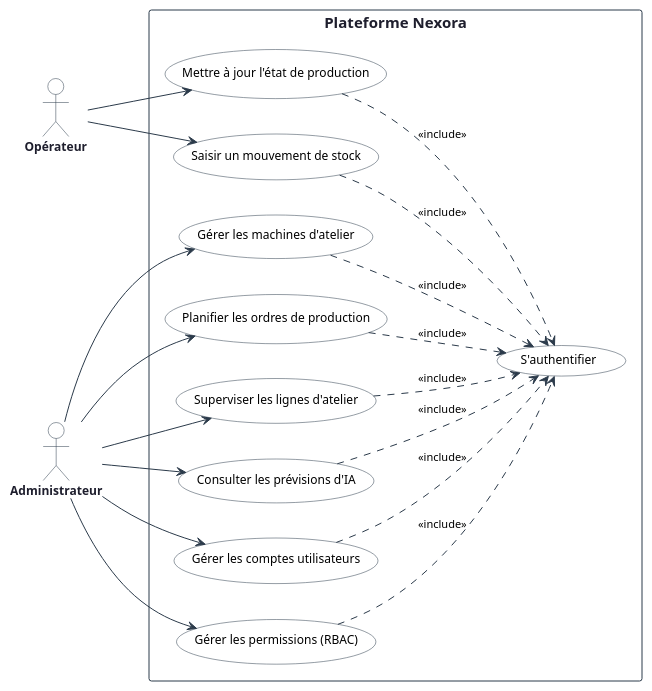
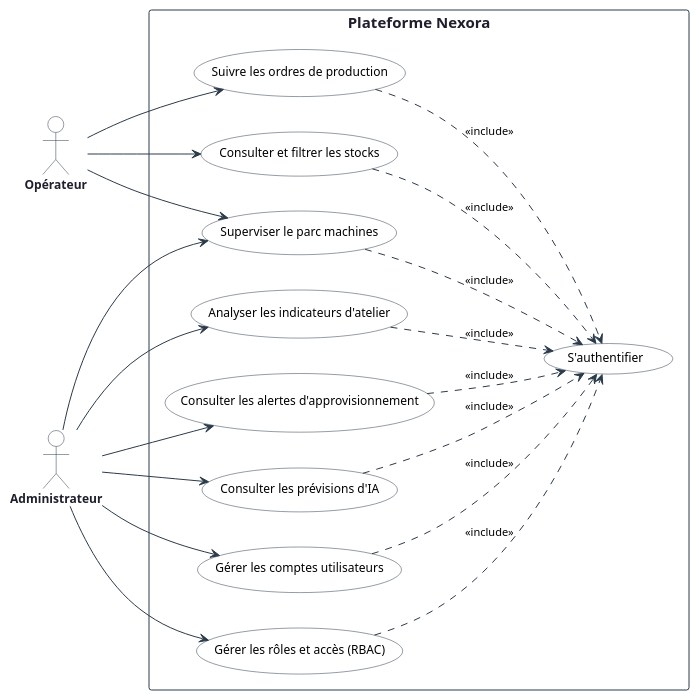
One commit to ayoubmek/PFE_data_science changed the diagram in Rapport/diagrams/global_usecase.puml. Above: the diagram before and after it, drawn with PlantUML. The commit also changed 37 other files, not shown here.

```diff
--- a/Rapport/diagrams/global_usecase.puml
+++ b/Rapport/diagrams/global_usecase.puml
@@ -1,74 +1,75 @@
 @startuml global_usecase
 left to right direction
 skinparam packageStyle rectangle
 skinparam shadowing false
 
 skinparam usecase {
     BackgroundColor White
     BorderColor #2B3A4A
     ArrowColor #2B3A4A
     FontSize 12
     FontName Arial
 }
 
 skinparam actor {
     BackgroundColor White
     BorderColor #2B3A4A
     FontColor #1E1E2D
     FontSize 12
     FontName Arial
     FontStyle bold
 }
 
 skinparam rectangle {
     BackgroundColor White
     BorderColor #2B3A4A
     FontSize 15
     FontName Arial
     FontStyle bold
     FontColor #1E1E2D
 }
 
 skinparam arrow {
     Color #2B3A4A
     FontName Arial
     FontSize 11
 }
 
 actor "Opérateur" as OPE
 actor "Administrateur" as ADM
 
 rectangle "Plateforme Nexora" {
     usecase "S'authentifier" as UC0
-    usecase "Mettre à jour l'état de production" as UC1
-    usecase "Saisir un mouvement de stock" as UC2
-    usecase "Gérer les machines d'atelier" as UC3
-    usecase "Planifier les ordres de production" as UC4
-    usecase "Superviser les lignes d'atelier" as UC5
+    usecase "Suivre les ordres de production" as UC1
+    usecase "Consulter et filtrer les stocks" as UC2
+    usecase "Superviser le parc machines" as UC3
+    usecase "Analyser les indicateurs d'atelier" as UC4
+    usecase "Consulter les alertes d'approvisionnement" as UC5
     usecase "Consulter les prévisions d'IA" as UC6
     usecase "Gérer les comptes utilisateurs" as UC7
-    usecase "Gérer les permissions (RBAC)" as UC8
+    usecase "Gérer les rôles et accès (RBAC)" as UC8
 }
 
 ' Associations Opérateur
 OPE --> UC1
 OPE --> UC2
+OPE --> UC3
 
 ' Associations Administrateur
 ADM --> UC3
 ADM --> UC4
 ADM --> UC5
 ADM --> UC6
 ADM --> UC7
 ADM --> UC8
 
 ' Relations d'inclusion
 UC1 ..> UC0 : <<include>>
 UC2 ..> UC0 : <<include>>
 UC3 ..> UC0 : <<include>>
 UC4 ..> UC0 : <<include>>
 UC5 ..> UC0 : <<include>>
 UC6 ..> UC0 : <<include>>
 UC7 ..> UC0 : <<include>>
 UC8 ..> UC0 : <<include>>
 @enduml
```
